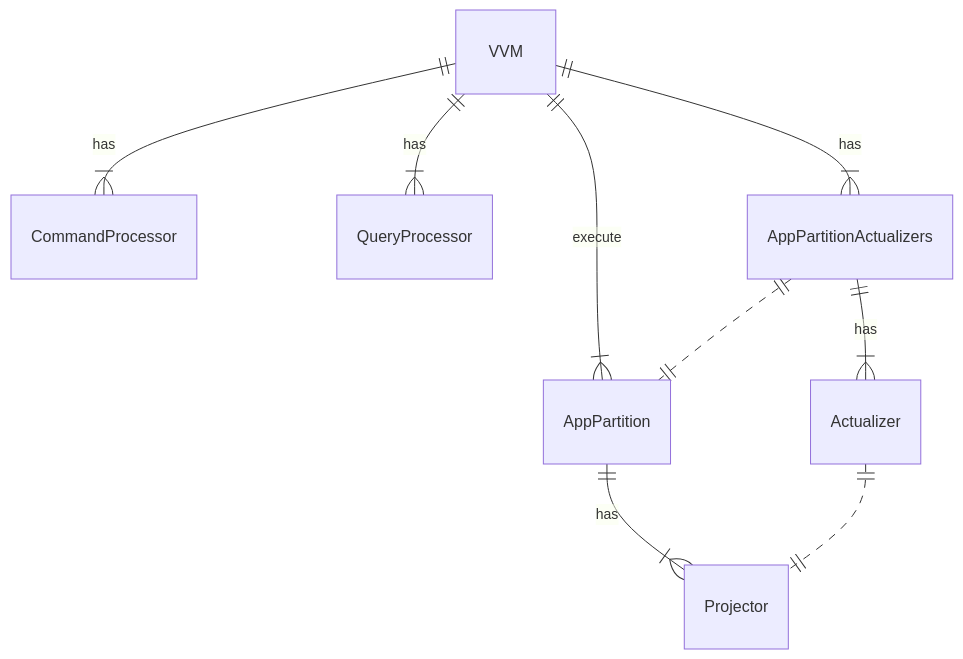
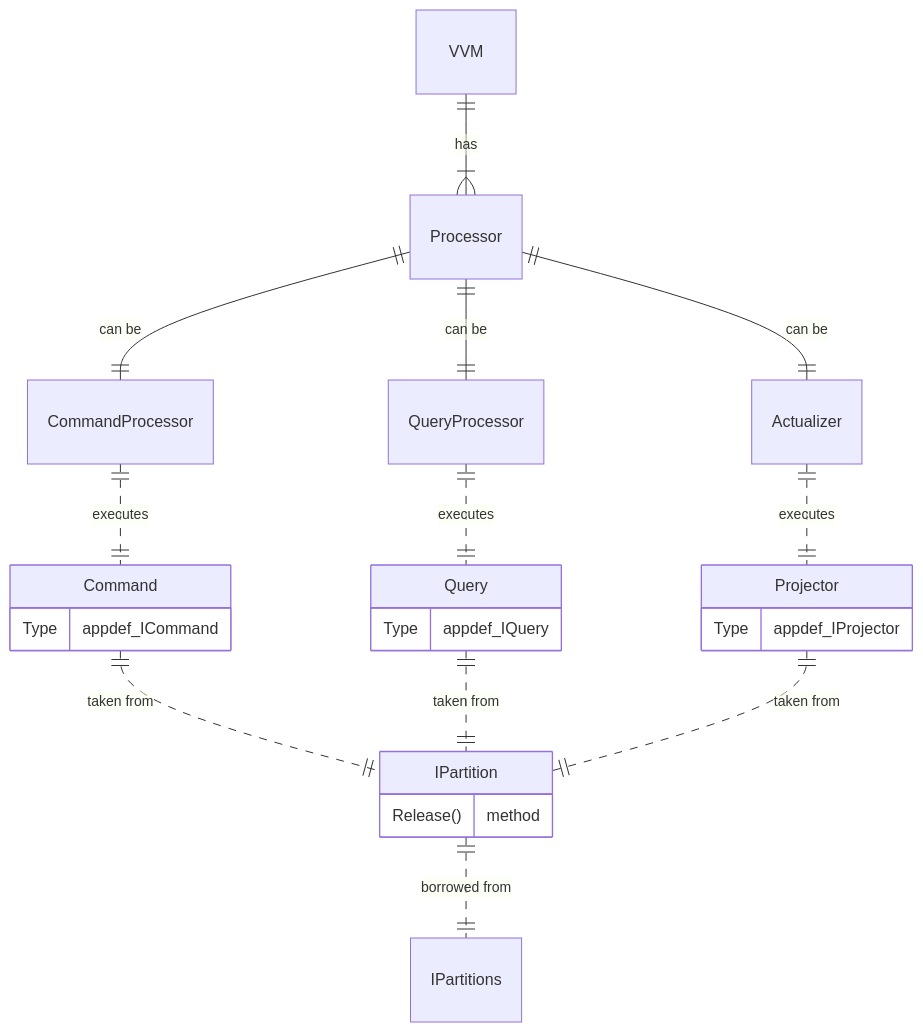
The fifth of 18 diagrams in design/README.md (voedger/voedger), drawn with Mermaid before and after one commit. The commit also changed other lines of this file, not shown here.

````diff
--- a/design/README.md
+++ b/design/README.md
@@ -159,14 +175,37 @@
 ```mermaid
     erDiagram
+    
+    %% Entities
 
-    VVM ||--|{ CommandProcessor : "has"
-    VVM ||--|{ QueryProcessor : "has"
-    VVM ||--|{ AppPartitionActualizers : "has"
-    AppPartitionActualizers ||--|{ Actualizer : "has"
-    VVM ||--|{ AppPartition : "execute"
-    AppPartitionActualizers ||..|| AppPartition: ""
+    Projector{
+        Type   appdef_IProjector
+    }
+    Query{
+        Type   appdef_IQuery
+    }
+    Command {
+        Type   appdef_ICommand
+    }   
+    IPartition {
+        Release() method
+    }       
 
-    AppPartition ||--|{ Projector: "has"
+    %% Relations
 
-    Actualizer ||..|| Projector: ""
+    VVM ||--|{ Processor : "has"
+
+    Processor ||--|| CommandProcessor : "can be"
+    Processor ||--|| QueryProcessor : "can be"
+    Processor ||--|| Actualizer : "can be"   
+
+
+    Actualizer ||..|| Projector: executes
+    CommandProcessor ||..|| Command: "executes"
+    QueryProcessor ||..|| Query: "executes"
+
+    Command ||..|| IPartition: "taken from"
+    Query ||..|| IPartition: "taken from"
+    Projector ||..|| IPartition: "taken from"
+
+    IPartition ||..|| IPartitions: "borrowed from"
 ```
````
